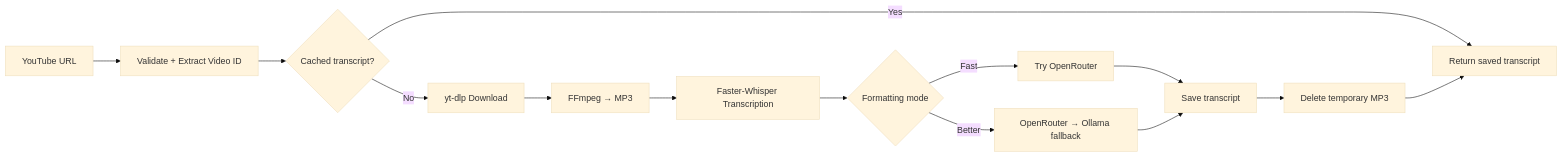
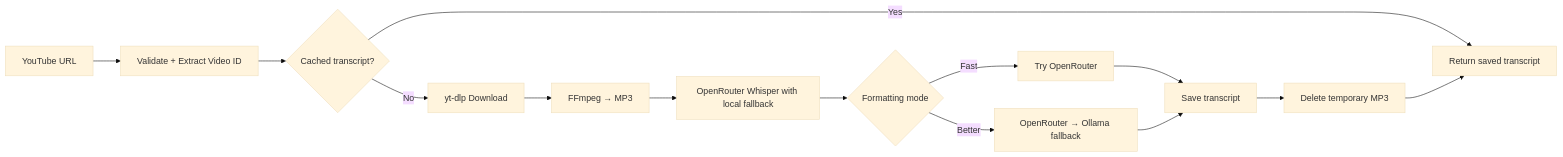
Before and after one commit to GraduationGroup101/LectureScribe-AI: the diagram in README.md, drawn with Mermaid (base theme). The commit also changed other lines of this file and 16 other files, not shown here.

Commit message:
Add cloud transcription with local fallback and deployment setup

````diff
--- a/README.md
+++ b/README.md
@@ -47,16 +47,16 @@
 ```mermaid
 flowchart LR
     A[YouTube URL] --> B[Validate + Extract Video ID]
     B --> C{Cached transcript?}
     C -- Yes --> H[Return saved transcript]
     C -- No --> D[yt-dlp Download]
     D --> E[FFmpeg → MP3]
-    E --> F[Faster-Whisper Transcription]
+    E --> F[OpenRouter Whisper with local fallback]
     F --> G{Formatting mode}
     G -- Fast --> I[Try OpenRouter]
     G -- Better --> J[OpenRouter → Ollama fallback]
     I --> K[Save transcript]
     J --> K
     K --> L[Delete temporary MP3]
     L --> H
 ```
````
